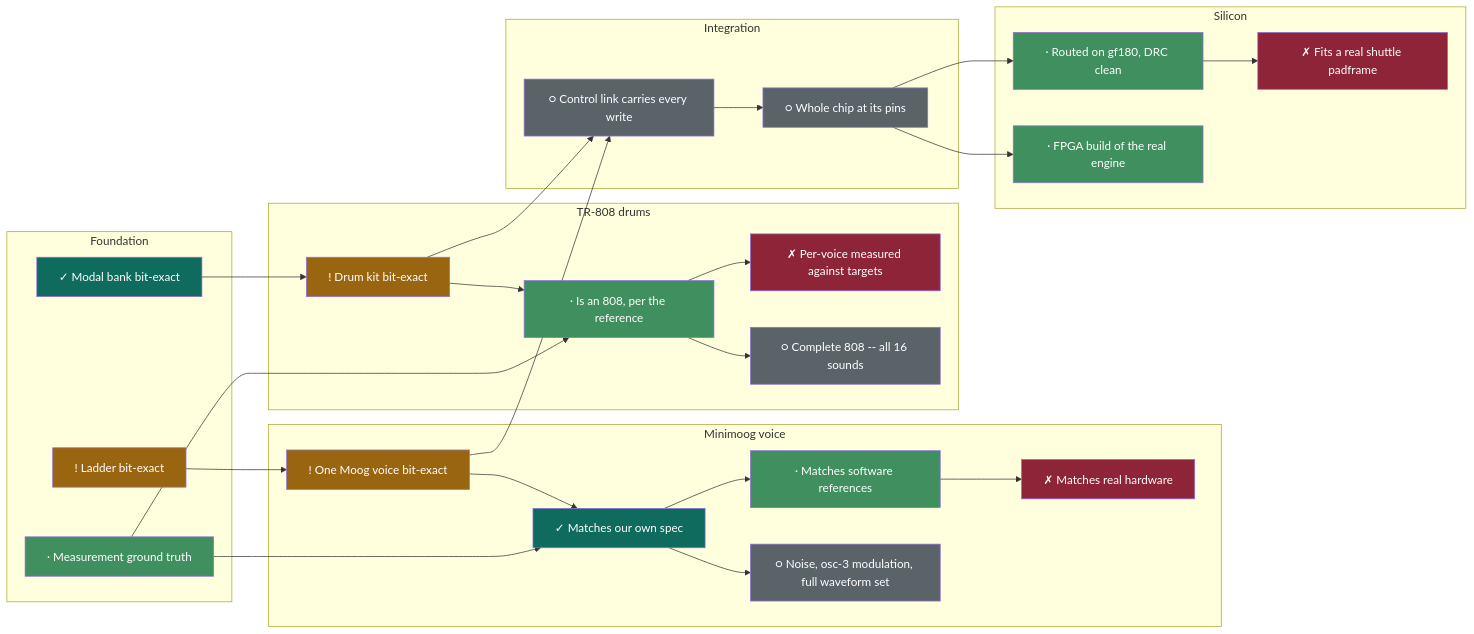
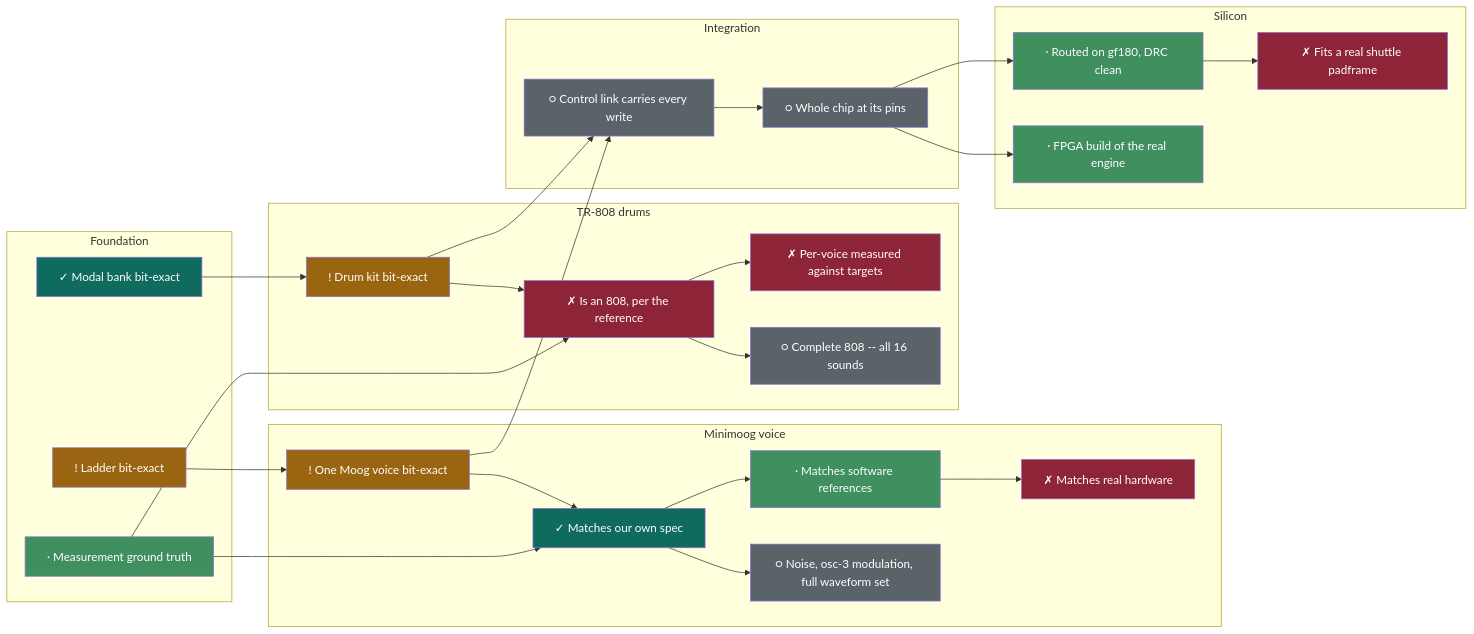
One commit to 2AMLogic/gf180-monosynth changed the diagram in README.md. Above: the diagram before and after it, drawn with Mermaid. The commit also changed other lines of this file and 2 other files, not shown here.

First line of the commit message:
[dag] regenerate the roadmap from evidence

````diff
--- a/README.md
+++ b/README.md
@@ -66,64 +66,64 @@
 ```mermaid
 graph LR
   subgraph foundation["Foundation"]
     F1["! Ladder bit-exact"]
     F2["✓ Modal bank bit-exact"]
     F3["· Measurement ground truth"]
   end
   subgraph minimoog["Minimoog voice"]
     M1["! One Moog voice bit-exact"]
     M2["✓ Matches our own spec"]
     M3["· Matches software references"]
     M4["✗ Matches real hardware"]
     M5["○ Noise, osc-3 modulation, full waveform set"]
   end
   subgraph drums["TR-808 drums"]
     D1["! Drum kit bit-exact"]
-    D2["· Is an 808, per the reference"]
+    D2["✗ Is an 808, per the reference"]
     D3["✗ Per-voice measured against targets"]
     D4["○ Complete 808 -- all 16 sounds"]
   end
   subgraph integration["Integration"]
     I1["○ Control link carries every write"]
     I2["○ Whole chip at its pins"]
   end
   subgraph silicon["Silicon"]
     S1["· Routed on gf180, DRC clean"]
     S2["✗ Fits a real shuttle padframe"]
     S3["· FPGA build of the real engine"]
   end
   F1 --> M1
   M1 --> M2
   F3 --> M2
   M2 --> M3
   M3 --> M4
   M2 --> M5
   F2 --> D1
   D1 --> D2
   F3 --> D2
   D2 --> D3
   D2 --> D4
   M1 --> I1
   D1 --> I1
   I1 --> I2
   I2 --> S1
   S1 --> S2
   I2 --> S3
   style F1 fill:#9A6510,color:#fff
   style F2 fill:#0E6B5E,color:#fff
   style F3 fill:#3f8f5f,color:#fff
   style M1 fill:#9A6510,color:#fff
   style M2 fill:#0E6B5E,color:#fff
   style M3 fill:#3f8f5f,color:#fff
   style M4 fill:#8E2438,color:#fff
   style M5 fill:#5a6468,color:#fff
   style D1 fill:#9A6510,color:#fff
-  style D2 fill:#3f8f5f,color:#fff
+  style D2 fill:#8E2438,color:#fff
   style D3 fill:#8E2438,color:#fff
   style D4 fill:#5a6468,color:#fff
   style I1 fill:#5a6468,color:#fff
   style I2 fill:#5a6468,color:#fff
   style S1 fill:#3f8f5f,color:#fff
   style S2 fill:#8E2438,color:#fff
   style S3 fill:#3f8f5f,color:#fff
 ```
````
